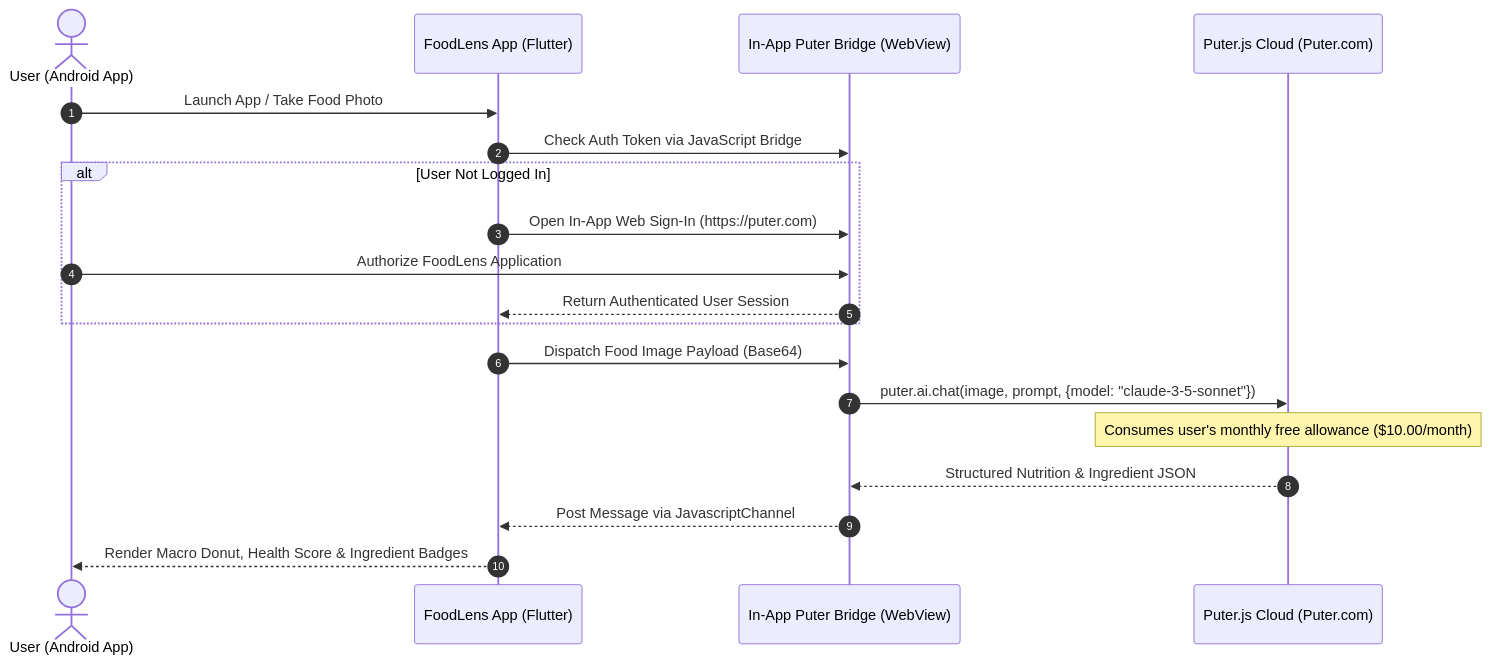
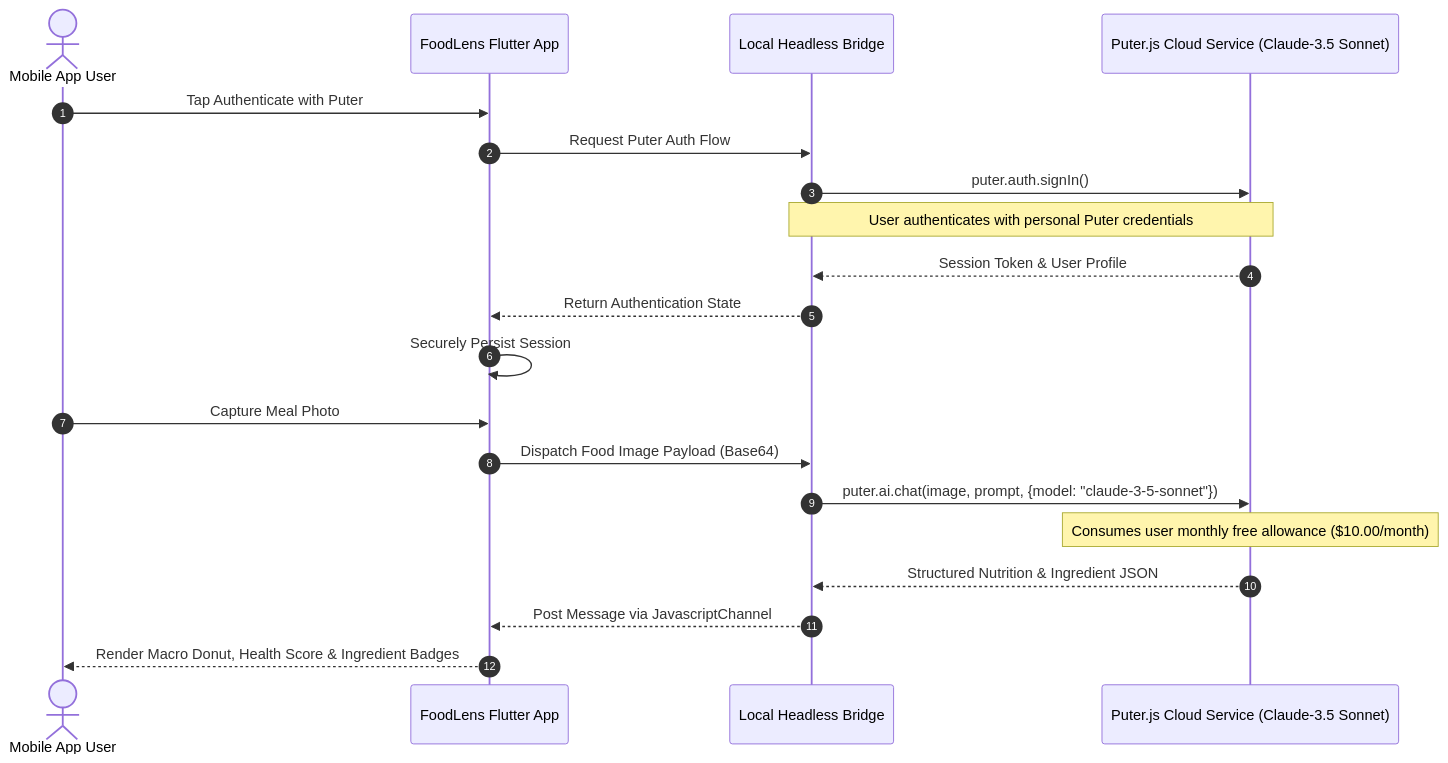
One commit to CodeByArnob/FoodLens changed the diagram in README.md. Above: the diagram before and after it, drawn with Mermaid. The commit also changed other lines of this file and 32 other files, not shown here.

````diff
--- a/README.md
+++ b/README.md
@@ -127,22 +178,24 @@
 ```mermaid
 sequenceDiagram
     autonumber
-    actor User as User (Android App)
-    participant FoodLens as FoodLens App (Flutter)
-    participant WebView as In-App Puter Bridge (WebView)
-    participant PuterCloud as Puter.js Cloud (Puter.com)
+    actor User as Mobile App User
+    participant FoodLens as FoodLens Flutter App
+    participant WebView as Local Headless Bridge
+    participant PuterCloud as Puter.js Cloud Service (Claude-3.5 Sonnet)
 
-    User->>FoodLens: Launch App / Take Food Photo
-    FoodLens->>WebView: Check Auth Token via JavaScript Bridge
-    alt User Not Logged In
-        FoodLens->>WebView: Open In-App Web Sign-In (https://puter.com)
-        User->>WebView: Authorize FoodLens Application
-        WebView-->>FoodLens: Return Authenticated User Session
-    end
+    User->>FoodLens: Tap Authenticate with Puter
+    FoodLens->>WebView: Request Puter Auth Flow
+    WebView->>PuterCloud: puter.auth.signIn()
+    Note over WebView,PuterCloud: User authenticates with personal Puter credentials
+    PuterCloud-->>WebView: Session Token & User Profile
+    WebView-->>FoodLens: Return Authentication State
+    FoodLens->>FoodLens: Securely Persist Session
+    
+    User->>FoodLens: Capture Meal Photo
     FoodLens->>WebView: Dispatch Food Image Payload (Base64)
     WebView->>PuterCloud: puter.ai.chat(image, prompt, {model: "claude-3-5-sonnet"})
-    Note over PuterCloud: Consumes user's monthly free allowance ($10.00/month)
+    Note over PuterCloud: Consumes user monthly free allowance ($10.00/month)
     PuterCloud-->>WebView: Structured Nutrition & Ingredient JSON
     WebView-->>FoodLens: Post Message via JavascriptChannel
     FoodLens-->>User: Render Macro Donut, Health Score & Ingredient Badges
 ```
````
